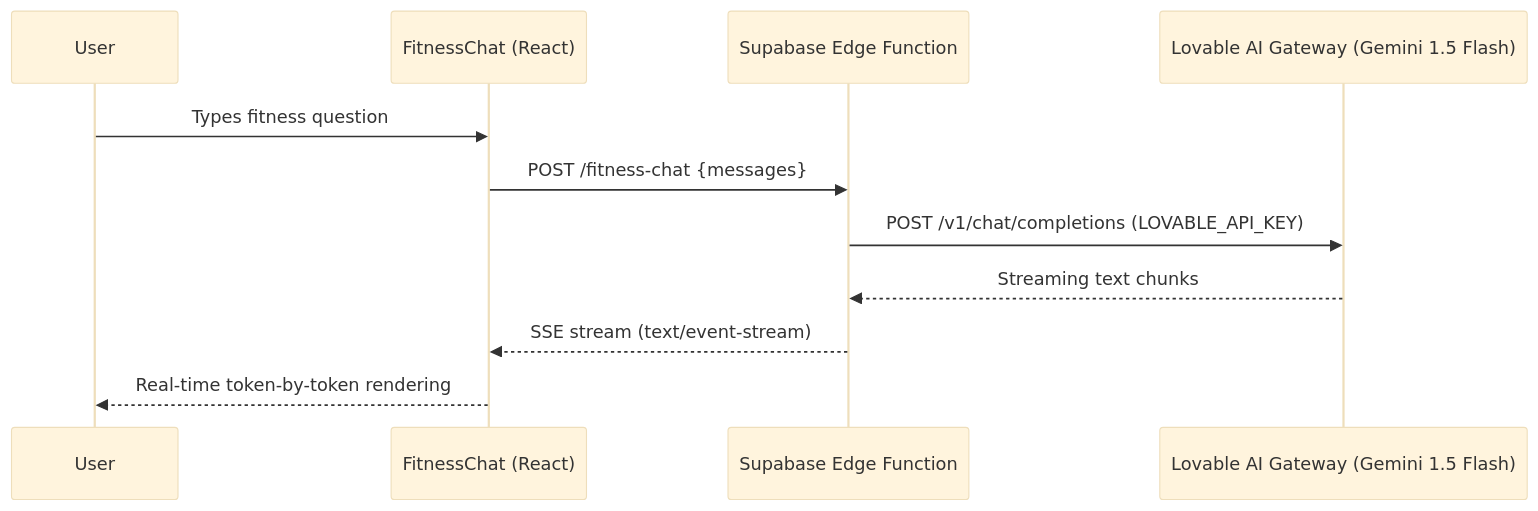
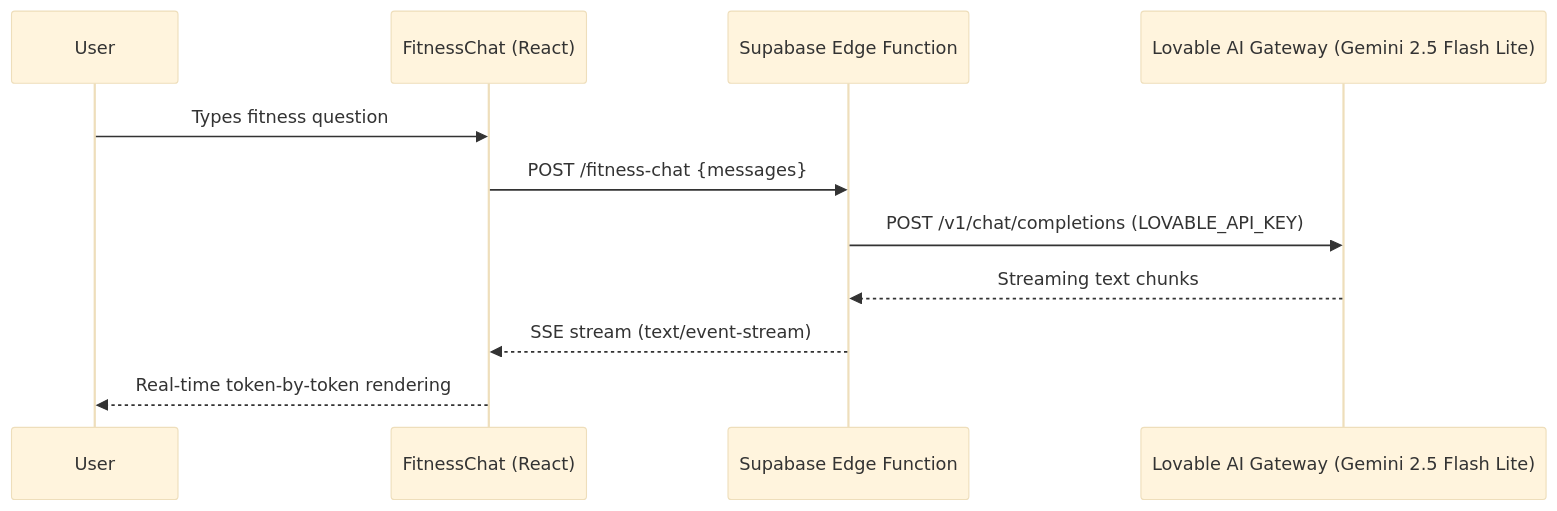
Before and after one commit to AradhyaMalaviya/art-decoder-tool: the first of 2 diagrams in FitBox_Synopsis.md, drawn with Mermaid (base theme). The commit also changed other lines of this file and 5 other files, not shown here.

````diff
--- a/FitBox_Synopsis.md
+++ b/FitBox_Synopsis.md
@@ -40,14 +40,14 @@
 ```mermaid
 sequenceDiagram
     participant User
     participant FitnessChat (React)
     participant Supabase Edge Function
-    participant Lovable AI Gateway (Gemini 1.5 Flash)
+    participant Lovable AI Gateway (Gemini 2.5 Flash Lite)
 
     User->>FitnessChat (React): Types fitness question
     FitnessChat (React)->>Supabase Edge Function: POST /fitness-chat {messages}
-    Supabase Edge Function->>Lovable AI Gateway (Gemini 1.5 Flash): POST /v1/chat/completions (LOVABLE_API_KEY)
-    Lovable AI Gateway (Gemini 1.5 Flash)-->>Supabase Edge Function: Streaming text chunks
+    Supabase Edge Function->>Lovable AI Gateway (Gemini 2.5 Flash Lite): POST /v1/chat/completions (LOVABLE_API_KEY)
+    Lovable AI Gateway (Gemini 2.5 Flash Lite)-->>Supabase Edge Function: Streaming text chunks
     Supabase Edge Function-->>FitnessChat (React): SSE stream (text/event-stream)
     FitnessChat (React)-->>User: Real-time token-by-token rendering
 ```
````
